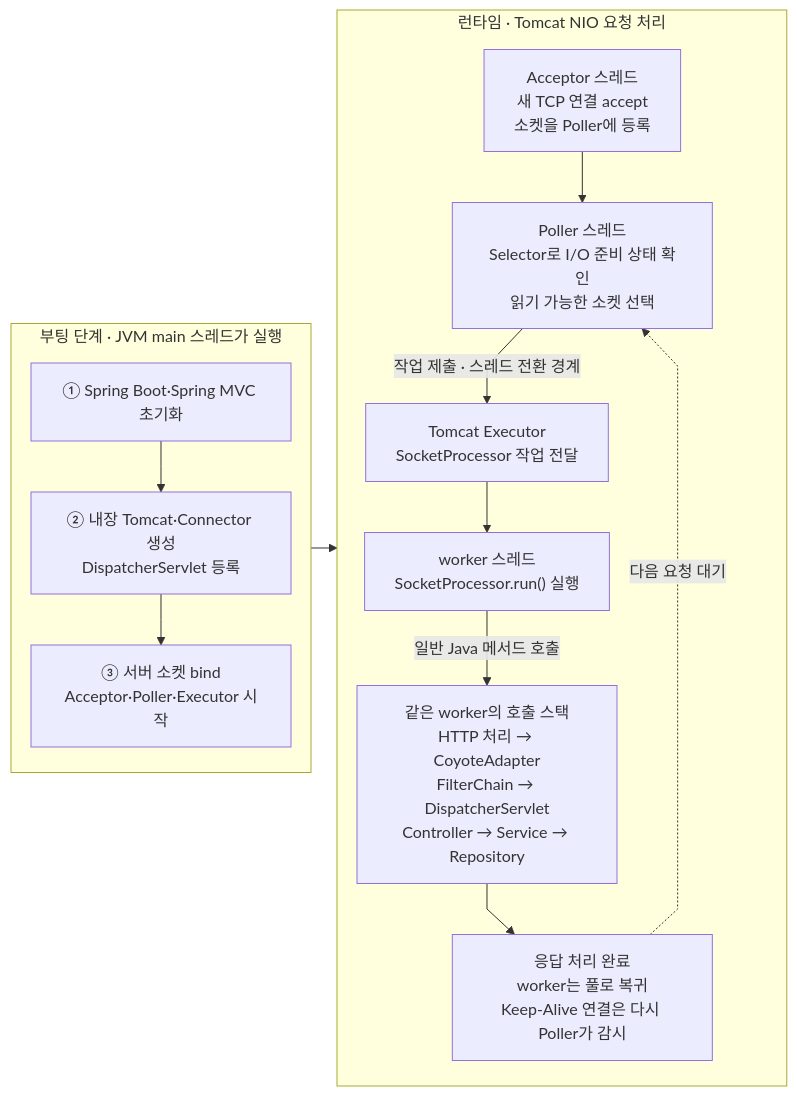
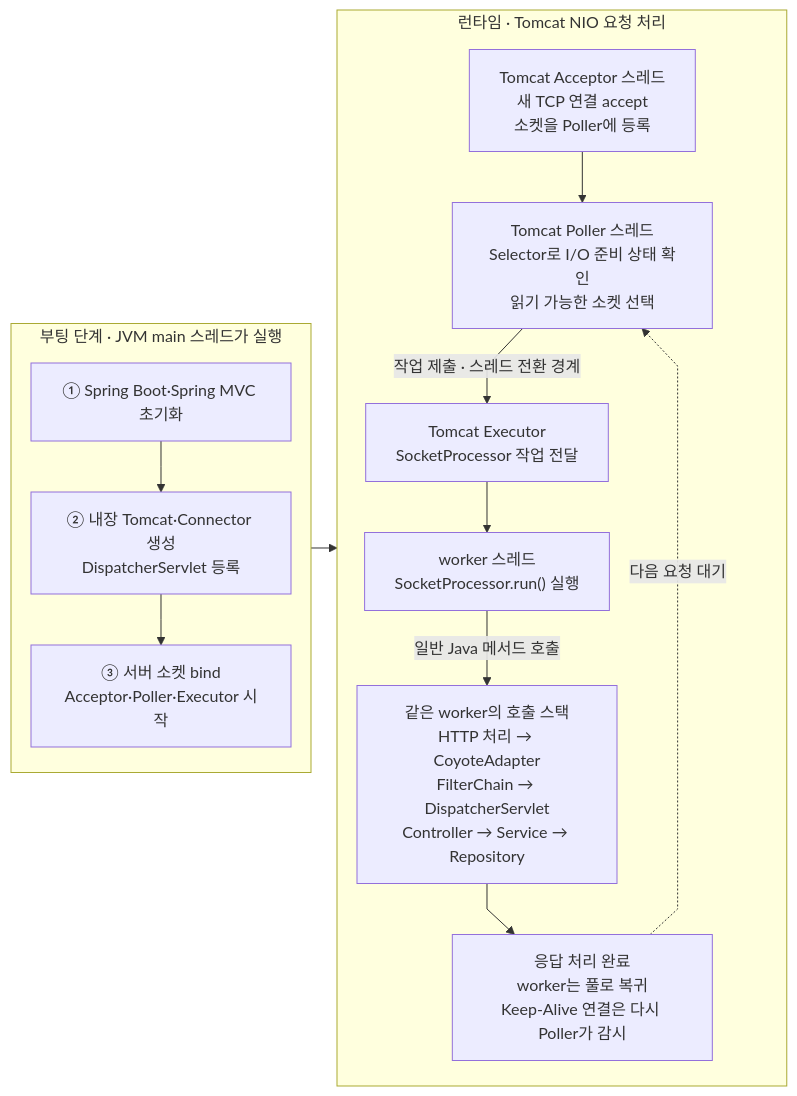
One commit to lee-gimoon/futures-paper-trading changed the diagram in docs/frontend-study/spring-mvc-tomcat-thread.md. Above: the diagram before and after it, drawn with Mermaid. The commit also changed other lines of this file, not shown here.

Commit message:
docs: label Tomcat connector threads

````diff
--- a/docs/frontend-study/spring-mvc-tomcat-thread.md
+++ b/docs/frontend-study/spring-mvc-tomcat-thread.md
@@ -103,30 +103,30 @@
 ```mermaid
 %%{init: {"themeVariables": {"fontSize": "16px"}, "flowchart": {"nodeSpacing": 20, "rankSpacing": 26, "curve": "linear", "subGraphTitleMargin": {"top": 0, "bottom": 14}}}}%%
 flowchart LR
   subgraph STARTUP["부팅 단계 · JVM main 스레드가 실행"]
     direction TB
     INIT["① Spring Boot·Spring MVC 초기화"]
     TOMCAT["② 내장 Tomcat·Connector 생성<br/>DispatcherServlet 등록"]
     START["③ 서버 소켓 bind<br/>Acceptor·Poller·Executor 시작"]
     INIT --> TOMCAT --> START
   end
 
   subgraph RUNTIME["런타임 · Tomcat NIO 요청 처리"]
     direction TB
-    ACCEPTOR["Acceptor 스레드<br/>새 TCP 연결 accept<br/>소켓을 Poller에 등록"]
-    POLLER["Poller 스레드<br/>Selector로 I/O 준비 상태 확인<br/>읽기 가능한 소켓 선택"]
+    ACCEPTOR["Tomcat Acceptor 스레드<br/>새 TCP 연결 accept<br/>소켓을 Poller에 등록"]
+    POLLER["Tomcat Poller 스레드<br/>Selector로 I/O 준비 상태 확인<br/>읽기 가능한 소켓 선택"]
     QUEUE["Tomcat Executor<br/>SocketProcessor 작업 전달"]
     WORKER["worker 스레드<br/>SocketProcessor.run() 실행"]
     STACK["같은 worker의 호출 스택<br/>HTTP 처리 → CoyoteAdapter<br/>FilterChain → DispatcherServlet<br/>Controller → Service → Repository"]
     DONE["응답 처리 완료<br/>worker는 풀로 복귀<br/>Keep-Alive 연결은 다시 Poller가 감시"]
 
     ACCEPTOR --> POLLER
     POLLER -->|"작업 제출 · 스레드 전환 경계"| QUEUE
     QUEUE --> WORKER
     WORKER -->|"일반 Java 메서드 호출"| STACK
     STACK --> DONE
     DONE -.->|"다음 요청 대기"| POLLER
   end
 
   STARTUP --> RUNTIME
 ```
````
